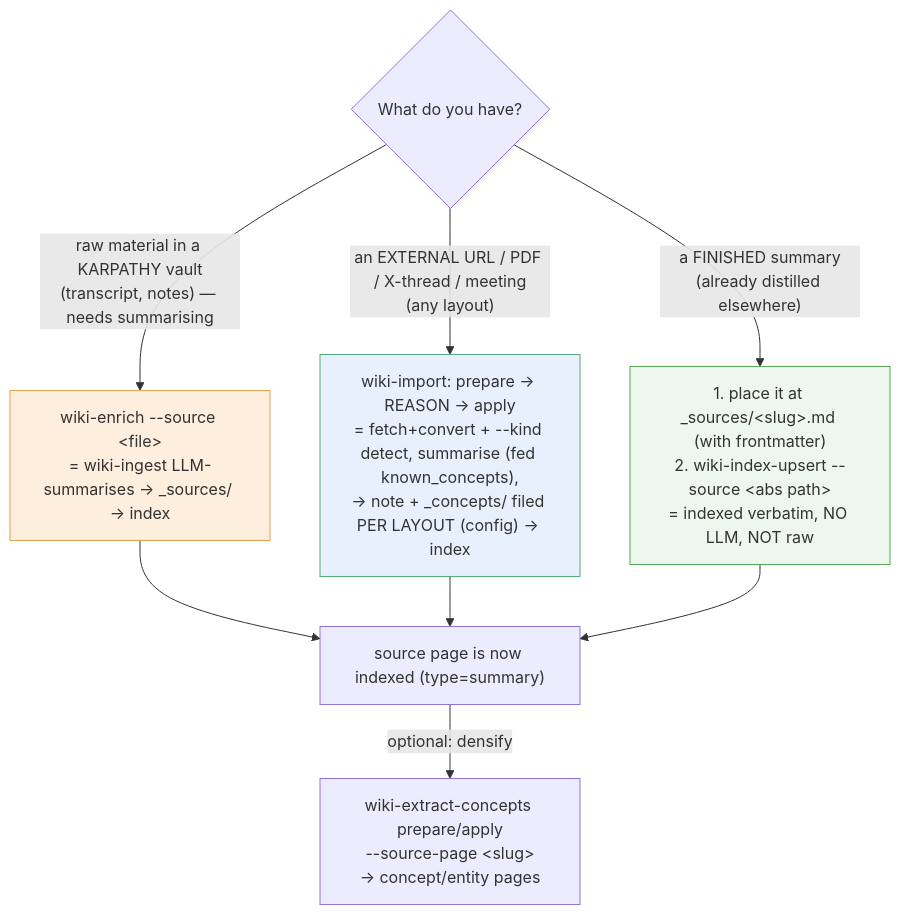
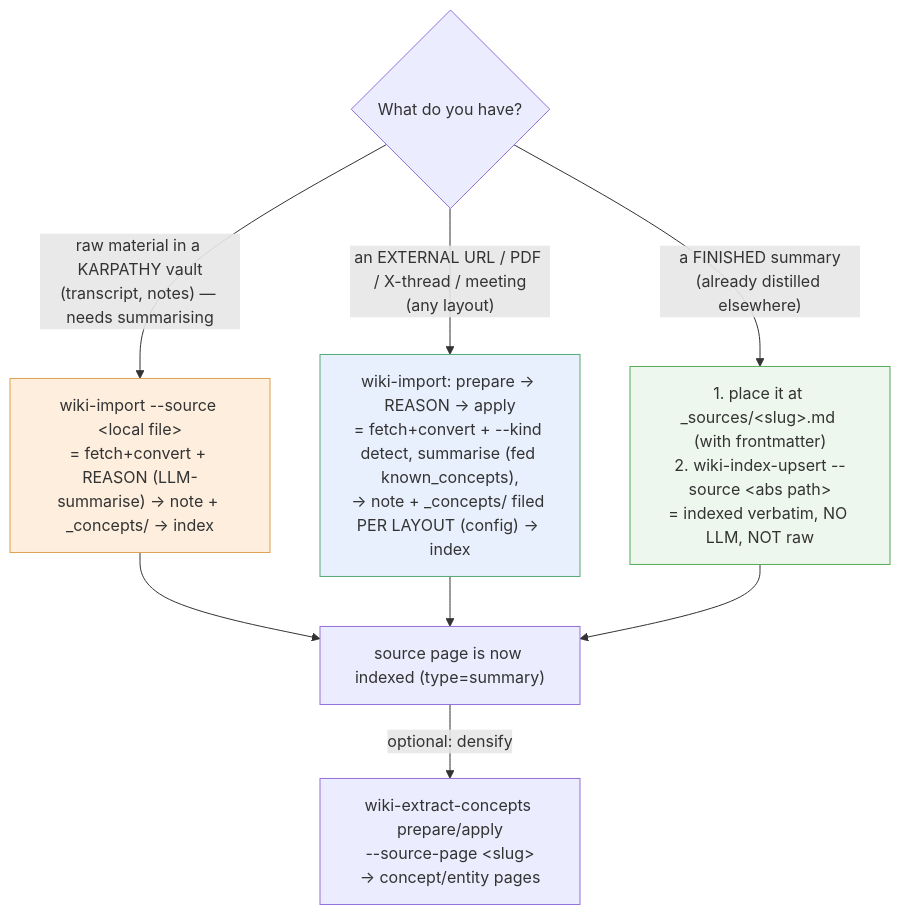
Before and after one commit to MatrixFounder/llm-wiki: the third of 8 diagrams in docs/manuals/obsidian-llm-wiki_manual.ru.md, drawn with Mermaid. The commit also changed other lines of this file and 17 other files, not shown here.

First line of the commit message:
docs: de-vendor manuals/ROADMAP, archive pre-impl planning specs, refresh data-model infographic

````diff
--- a/docs/manuals/obsidian-llm-wiki_manual.ru.md
+++ b/docs/manuals/obsidian-llm-wiki_manual.ru.md
@@ -432,17 +437,17 @@
 ```mermaid
 flowchart TD
     Q{"What do you have?"}
-    Q -->|"raw material in a KARPATHY vault<br/>(transcript, notes) — needs summarising"| ENR["wiki-enrich --source &lt;file&gt;<br/>= wiki-ingest LLM-summarises → _sources/ → index"]
+    Q -->|"raw material in a KARPATHY vault<br/>(transcript, notes) — needs summarising"| ENR["wiki-import --source &lt;local file&gt;<br/>= fetch+convert + REASON (LLM-summarise) → note + _concepts/ → index"]
     Q -->|"an EXTERNAL URL / PDF / X-thread / meeting<br/>(any layout)"| IMP["wiki-import: prepare → REASON → apply<br/>= fetch+convert + --kind detect, summarise (fed known_concepts),<br/>→ note + _concepts/ filed PER LAYOUT (config) → index"]
     Q -->|"a FINISHED summary<br/>(already distilled elsewhere)"| REG["1. place it at _sources/&lt;slug&gt;.md (with frontmatter)<br/>2. wiki-index-upsert --source &lt;abs path&gt;<br/>= indexed verbatim, NO LLM, NOT raw"]
     ENR --> IDX["source page is now indexed (type=summary)"]
     IMP --> IDX
     REG --> IDX
     IDX -->|"optional: densify"| EXT["wiki-extract-concepts prepare/apply<br/>--source-page &lt;slug&gt;<br/>→ concept/entity pages"]
     classDef raw fill:#fdeede,stroke:#e0a050;
     classDef premade fill:#eef7ee,stroke:#5a5;
     classDef para fill:#e8f0fe,stroke:#5a7;
     class ENR raw;
     class REG premade;
     class IMP para;
 ```
````
